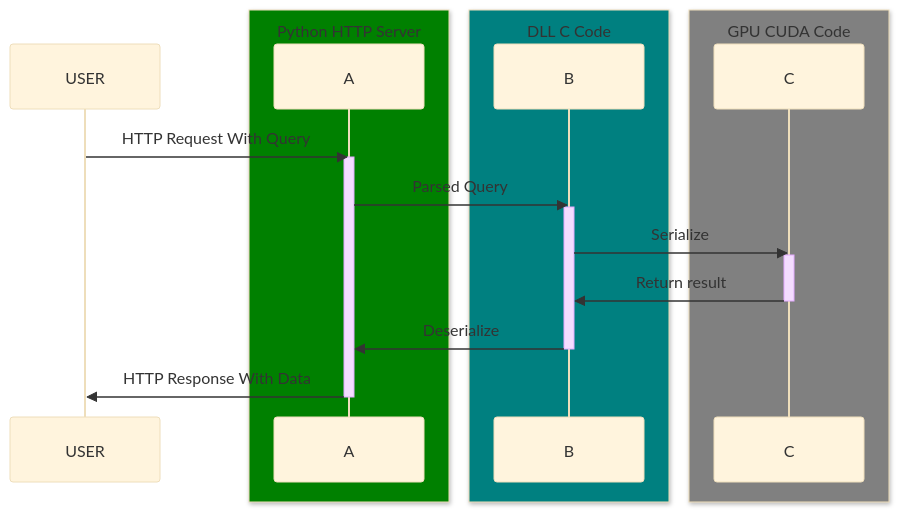
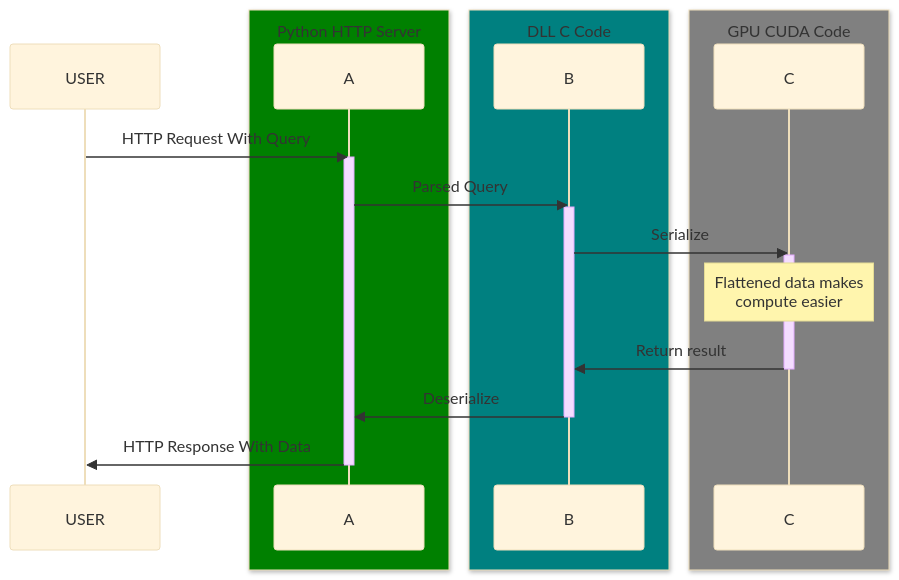
The diagram in readme.md (Serpent03/lan2gpu), drawn with Mermaid (base theme) before and after one commit.

````diff
--- a/readme.md
+++ b/readme.md
@@ -36,25 +36,26 @@
 ```mermaid
 sequenceDiagram
     participant USER
     box Green Python HTTP Server
     participant A
     end
     box Teal DLL C Code
     participant B
     end
     box Gray GPU CUDA Code
     participant C
     end
     USER->>A: HTTP Request With Query
     activate A
     A->>B: Parsed Query
     activate B
     B->>C:Serialize
     activate C
+    Note over C: Flattened data makes <br> compute easier
     C->>B: Return result
     deactivate C
     B->>A: Deserialize
     deactivate B
     A->>USER: HTTP Response With Data
     deactivate A
 ```
````
